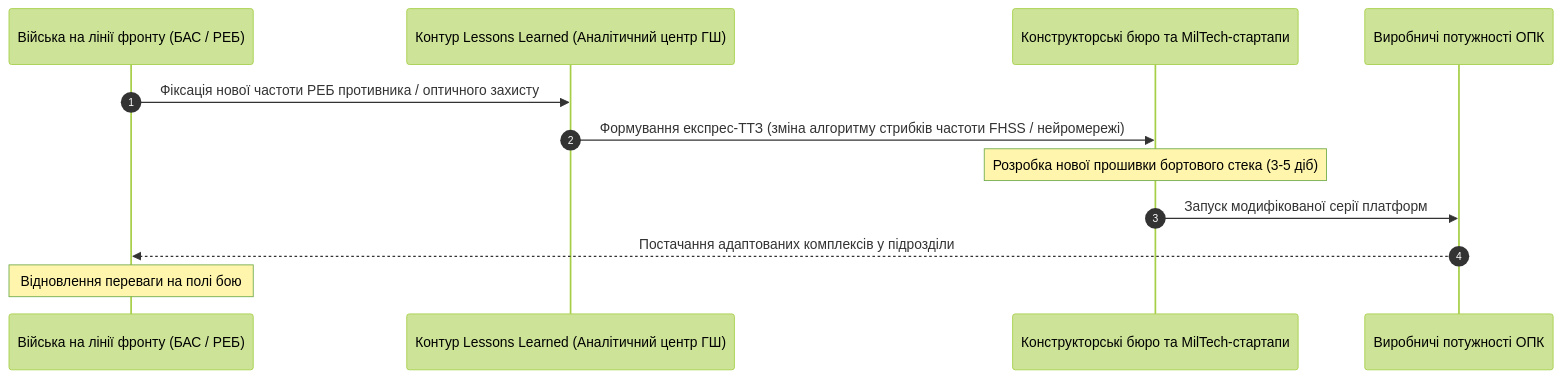
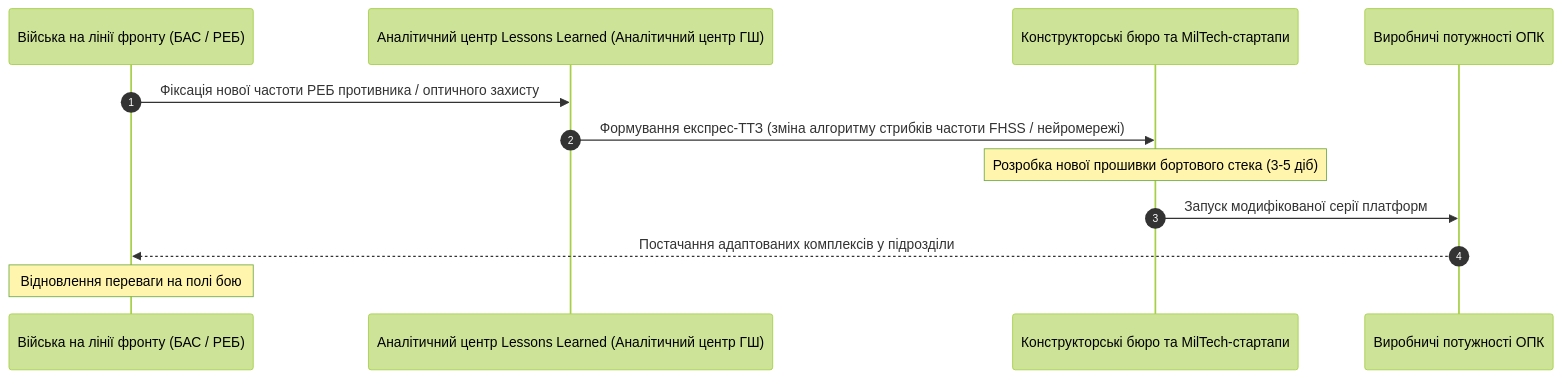
Before and after one commit to nick-fedchik/articles: the third of 3 diagrams in MilTech/Military-Cybernetics-Strategic-Level-UA.md, drawn with Mermaid (forest theme). The commit also changed other lines of this file and 10 other files, not shown here.

````diff
--- a/MilTech/Military-Cybernetics-Strategic-Level-UA.md
+++ b/MilTech/Military-Cybernetics-Strategic-Level-UA.md
@@ -131,15 +131,15 @@
 ```mermaid
 sequenceDiagram
     autonumber
     participant Front as Війська на лінії фронту (БАС / РЕБ)
-    participant AfterAction as Контур Lessons Learned (Аналітичний центр ГШ)
+    participant AfterAction as Аналітичний центр Lessons Learned (Аналітичний центр ГШ)
     participant RD as Конструкторські бюро та MilTech-стартапи
     participant Industry as Виробничі потужності ОПК
 
     Front->>AfterAction: Фіксація нової частоти РЕБ противника / оптичного захисту
     AfterAction->>RD: Формування експрес-ТТЗ (зміна алгоритму стрибків частоти FHSS / нейромережі)
     Note over RD: Розробка нової прошивки бортового стека (3-5 діб)
     RD->>Industry: Запуск модифікованої серії платформ
     Industry-->>Front: Постачання адаптованих комплексів у підрозділи
     Note over Front: Відновлення переваги на полі бою
 ```
````
